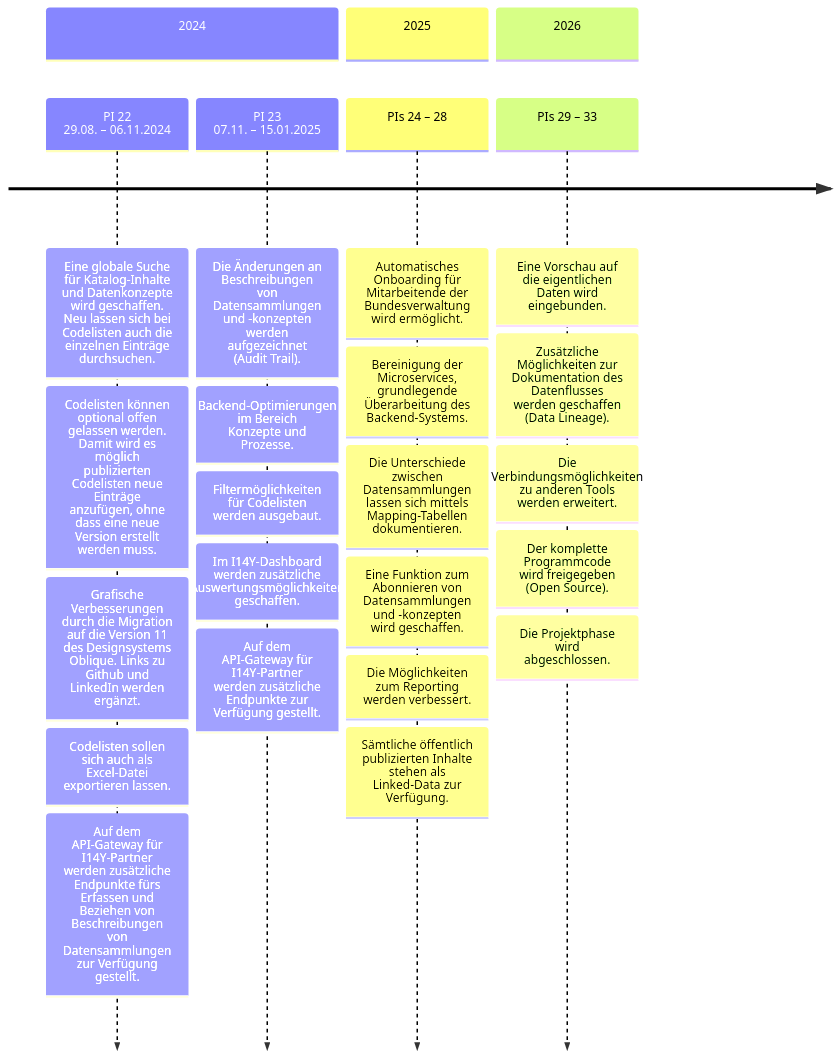
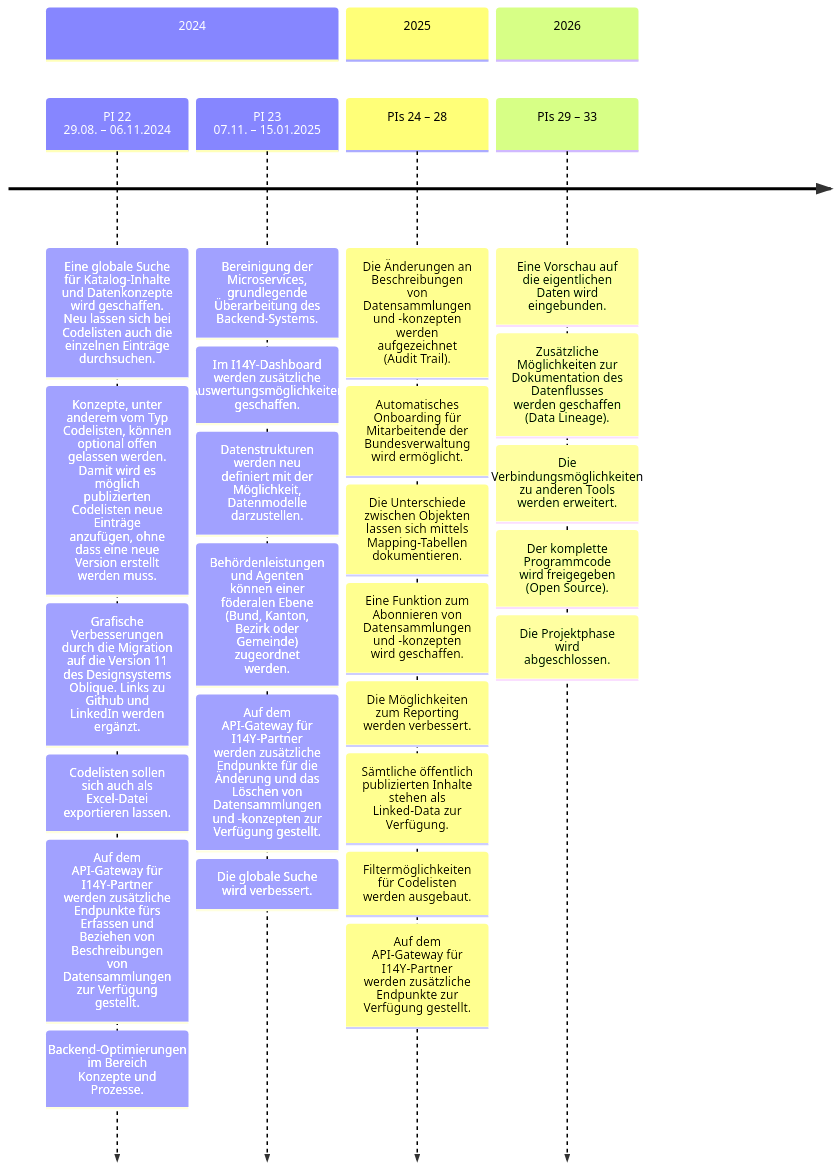
The diagram in content/de/2_rollen_prozesse/4_roadmap.md (I14Y-ch/handbook), drawn with Mermaid before and after one commit.

````diff
--- a/content/de/2_rollen_prozesse/4_roadmap.md
+++ b/content/de/2_rollen_prozesse/4_roadmap.md
@@ -21,31 +21,35 @@
 ```mermaid
 timeline
     section 2024
         PI 22<br>29.08. – 06.11.2024
             : Eine globale Suche für Katalog-Inhalte und Datenkonzepte wird geschaffen. Neu lassen sich bei Codelisten auch die einzelnen Einträge durchsuchen. 
-            : Codelisten können optional offen gelassen werden. Damit wird es möglich publizierten Codelisten neue Einträge anzufügen, ohne dass eine neue Version erstellt werden muss.
+            : Konzepte, unter anderem vom Typ Codelisten, können optional offen gelassen werden. Damit wird es möglich publizierten Codelisten neue Einträge anzufügen, ohne dass eine neue Version erstellt werden muss.
             : Grafische Verbesserungen durch die Migration auf die Version 11 des Designsystems Oblique. Links zu Github und LinkedIn werden ergänzt. 
             : Codelisten sollen sich auch als Excel-Datei exportieren lassen.
             : Auf dem API-Gateway für I14Y-Partner werden zusätzliche Endpunkte fürs Erfassen und Beziehen von Beschreibungen von Datensammlungen zur Verfügung gestellt.
+            : Backend-Optimierungen im Bereich Konzepte und Prozesse.
         PI 23<br>07.11. – 15.01.2025
-            : Die Änderungen an Beschreibungen von Datensammlungen und -konzepten werden aufgezeichnet (Audit Trail).
-            : Backend-Optimierungen im Bereich Konzepte und Prozesse.
-            : Filtermöglichkeiten für Codelisten werden ausgebaut.
+            : Bereinigung der Microservices, grundlegende Überarbeitung des Backend-Systems.
             : Im I14Y-Dashboard werden zusätzliche Auswertungsmöglichkeiten geschaffen.
-            : Auf dem API-Gateway für I14Y-Partner werden zusätzliche Endpunkte zur Verfügung gestellt.
+            : Datenstrukturen werden neu definiert mit der Möglichkeit, Datenmodelle darzustellen.
+            : Behördenleistungen und Agenten können einer föderalen Ebene (Bund, Kanton, Bezirk oder Gemeinde) zugeordnet werden.
+            : Auf dem API-Gateway für I14Y-Partner werden zusätzliche Endpunkte für die Änderung und das Löschen von Datensammlungen und -konzepten zur Verfügung gestellt.
+            : Die globale Suche wird verbessert.
     section 2025
         PIs 24 – 28
+            : Die Änderungen an Beschreibungen von Datensammlungen und -konzepten werden aufgezeichnet (Audit Trail).
             : Automatisches Onboarding für Mitarbeitende der Bundesverwaltung wird ermöglicht.
-            : Bereinigung der Microservices, grundlegende Überarbeitung des Backend-Systems.
-            : Die Unterschiede zwischen Datensammlungen lassen sich mittels Mapping-Tabellen dokumentieren. 
+            : Die Unterschiede zwischen Objekten lassen sich mittels Mapping-Tabellen dokumentieren. 
             : Eine Funktion zum Abonnieren von Datensammlungen und -konzepten wird geschaffen.
             : Die Möglichkeiten zum Reporting werden verbessert.
             : Sämtliche öffentlich publizierten Inhalte stehen als Linked-Data zur Verfügung.
+            : Filtermöglichkeiten für Codelisten werden ausgebaut.
+            : Auf dem API-Gateway für I14Y-Partner werden zusätzliche Endpunkte zur Verfügung gestellt.
     section 2026      
         PIs 29 – 33
             : Eine Vorschau auf die eigentlichen Daten wird eingebunden.
             : Zusätzliche Möglichkeiten zur Dokumentation des Datenflusses werden geschaffen (Data Lineage).
             : Die Verbindungsmöglichkeiten zu anderen Tools werden erweitert.
             : Der komplette Programmcode wird freigegeben (Open Source).
             : Die Projektphase wird abgeschlossen. 
 ```
````
